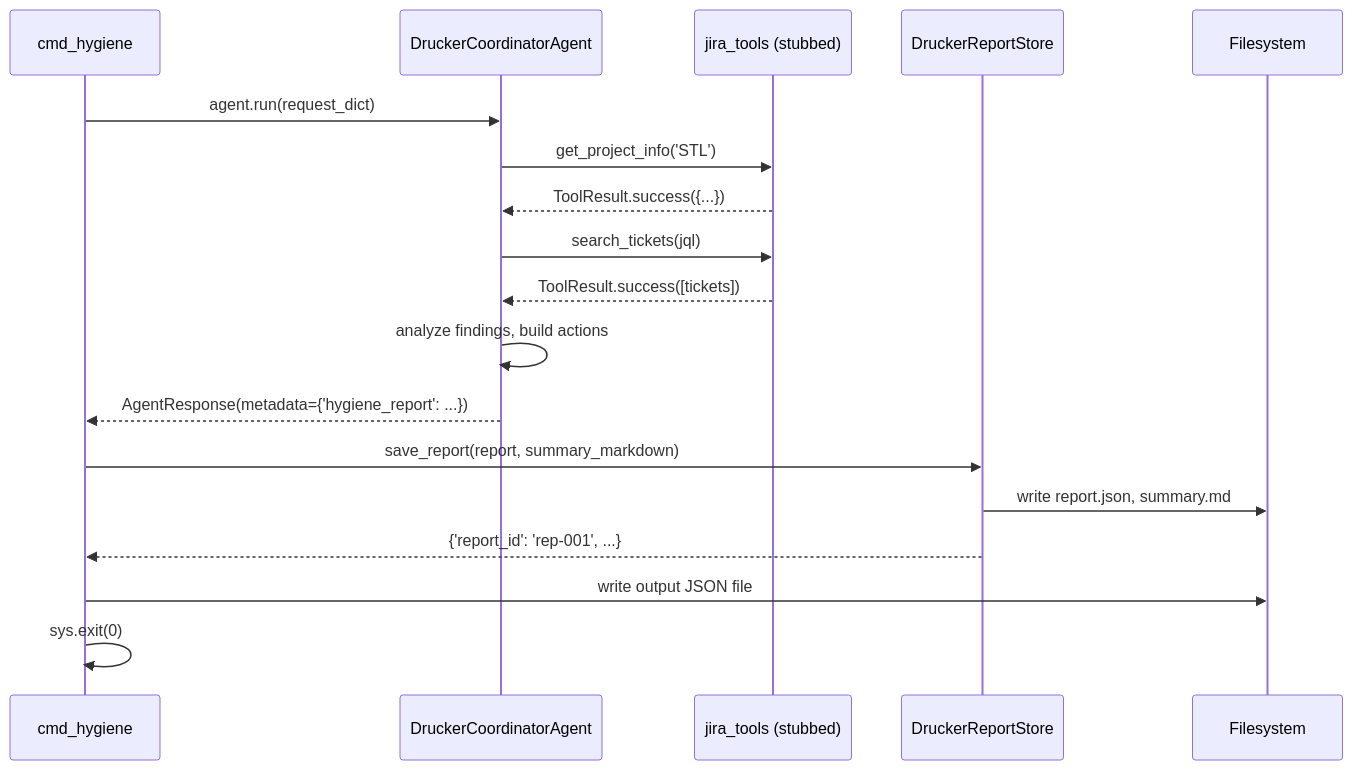
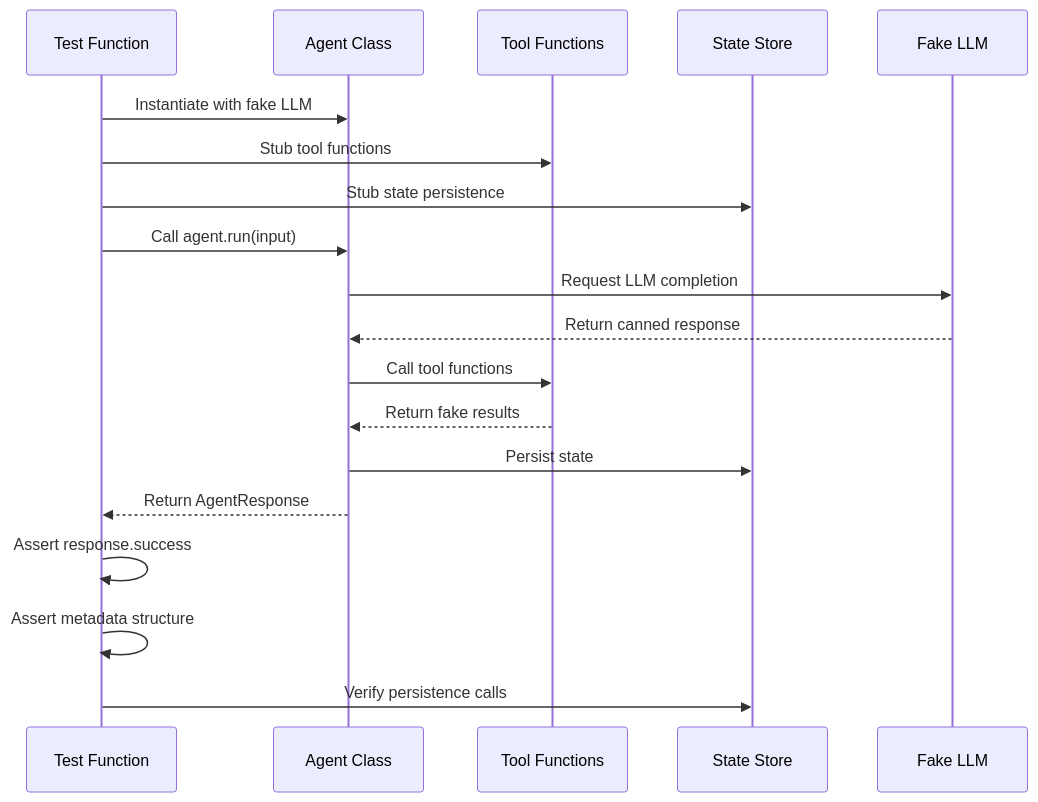
The fourth of 4 diagrams in docs/tests.md (jmac-cornelis/agent-workforce), drawn with Mermaid before and after one commit. The commit also changed other lines of this file and 5 other files, not shown here.

````diff
--- a/docs/tests.md
+++ b/docs/tests.md
@@ -142,21 +111,22 @@
 ```mermaid
 sequenceDiagram
-    participant CLI as cmd_hygiene
-    participant Agent as DruckerCoordinatorAgent
-    participant Tools as jira_tools (stubbed)
-    participant Store as DruckerReportStore
-    participant FS as Filesystem
-
-    CLI->>Agent: agent.run(request_dict)
-    Agent->>Tools: get_project_info('STL')
-    Tools-->>Agent: ToolResult.success({...})
-    Agent->>Tools: search_tickets(jql)
-    Tools-->>Agent: ToolResult.success([tickets])
-    Agent->>Agent: analyze findings, build actions
-    Agent-->>CLI: AgentResponse(metadata={'hygiene_report': ...})
-    CLI->>Store: save_report(report, summary_markdown)
-    Store->>FS: write report.json, summary.md
-    Store-->>CLI: {'report_id': 'rep-001', ...}
-    CLI->>FS: write output JSON file
-    CLI->>CLI: sys.exit(0)
+    participant Test as Test Function
+    participant Agent as Agent Class
+    participant Tools as Tool Functions
+    participant Store as State Store
+    participant Fake as Fake LLM
+    
+    Test->>Agent: Instantiate with fake LLM
+    Test->>Tools: Stub tool functions
+    Test->>Store: Stub state persistence
+    Test->>Agent: Call agent.run(input)
+    Agent->>Fake: Request LLM completion
+    Fake-->>Agent: Return canned response
+    Agent->>Tools: Call tool functions
+    Tools-->>Agent: Return fake results
+    Agent->>Store: Persist state
+    Agent-->>Test: Return AgentResponse
+    Test->>Test: Assert response.success
+    Test->>Test: Assert metadata structure
+    Test->>Store: Verify persistence calls
 ```
````
